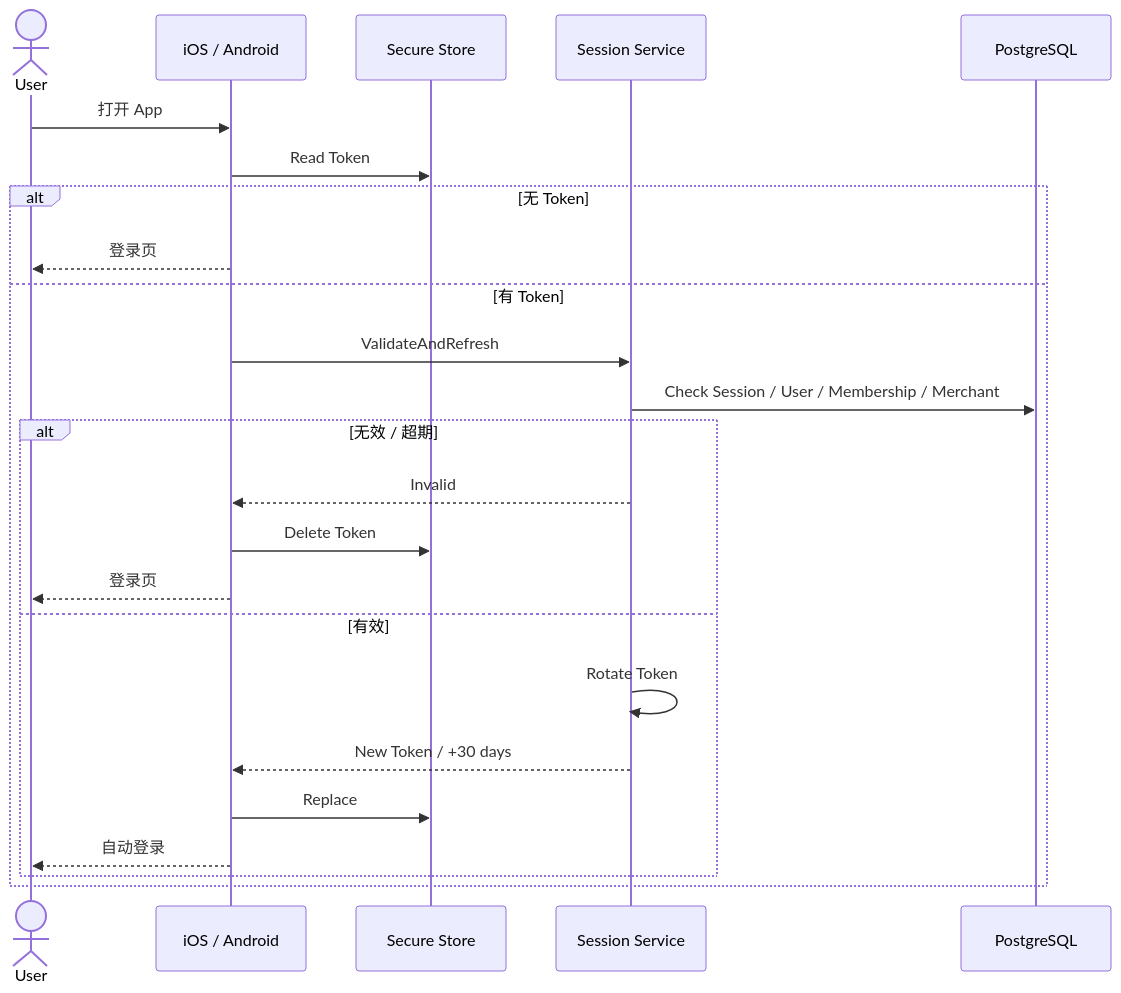
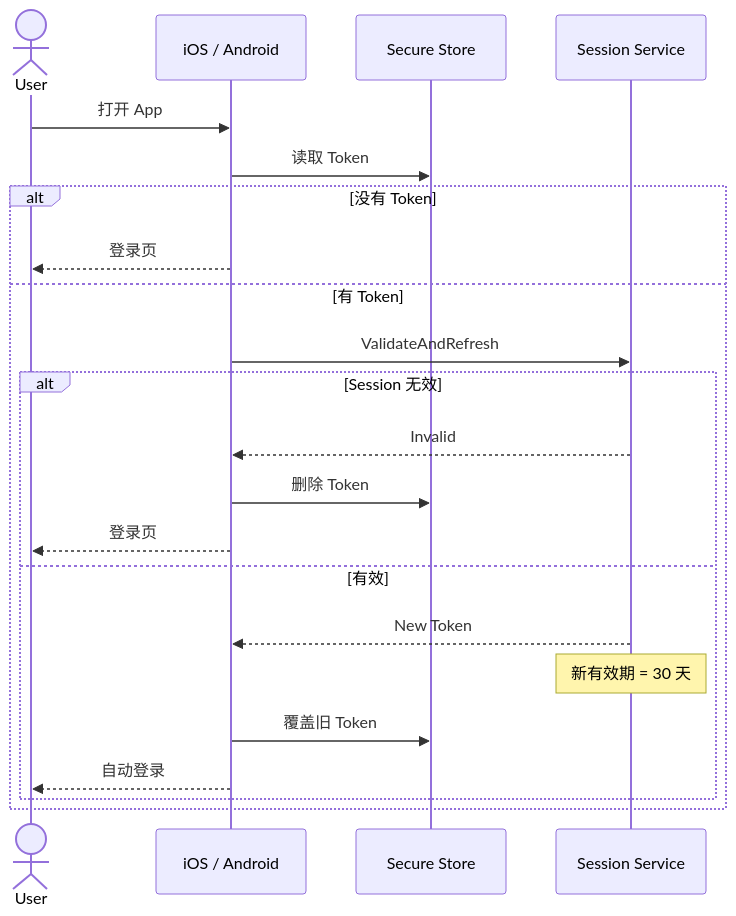
One commit to sxyq/mastergoods changed the seventh of 12 diagrams in docs/system-design/01-账户与身份/02-登录与会话.md. Above: the diagram before and after it, drawn with Mermaid. The commit also changed other lines of this file and 12 other files, not shown here.

Commit message:
docs(system-design): sync detailed design and explain flows

````diff
--- a/docs/system-design/01-账户与身份/02-登录与会话.md
+++ b/docs/system-design/01-账户与身份/02-登录与会话.md
@@ -106,29 +314,27 @@
 ```mermaid
 sequenceDiagram
     actor U as User
     participant APP as iOS / Android
     participant STORE as Secure Store
-    participant SESSION as Session Service
-    participant DB as PostgreSQL
+    participant IAM as Session Service
 
     U->>APP: 打开 App
-    APP->>STORE: Read Token
+    APP->>STORE: 读取 Token
 
-    alt 无 Token
+    alt 没有 Token
         APP-->>U: 登录页
     else 有 Token
-        APP->>SESSION: ValidateAndRefresh
-        SESSION->>DB: Check Session / User / Membership / Merchant
+        APP->>IAM: ValidateAndRefresh
 
-        alt 无效 / 超期
-            SESSION-->>APP: Invalid
-            APP->>STORE: Delete Token
+        alt Session 无效
+            IAM-->>APP: Invalid
+            APP->>STORE: 删除 Token
             APP-->>U: 登录页
         else 有效
-            SESSION->>SESSION: Rotate Token
-            SESSION-->>APP: New Token / +30 days
-            APP->>STORE: Replace
+            IAM-->>APP: New Token
+            Note over IAM: 新有效期 = 30 天
+            APP->>STORE: 覆盖旧 Token
             APP-->>U: 自动登录
         end
     end
 ```
````
